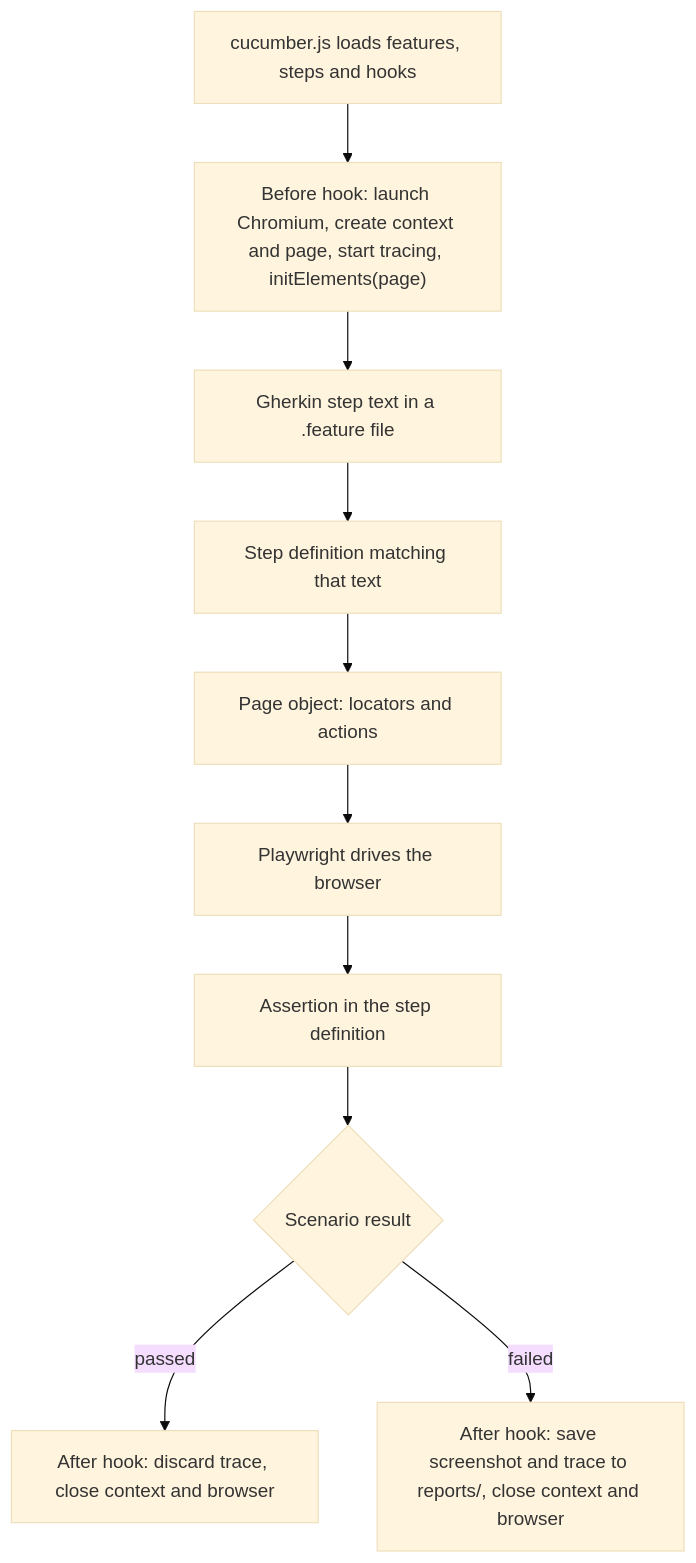
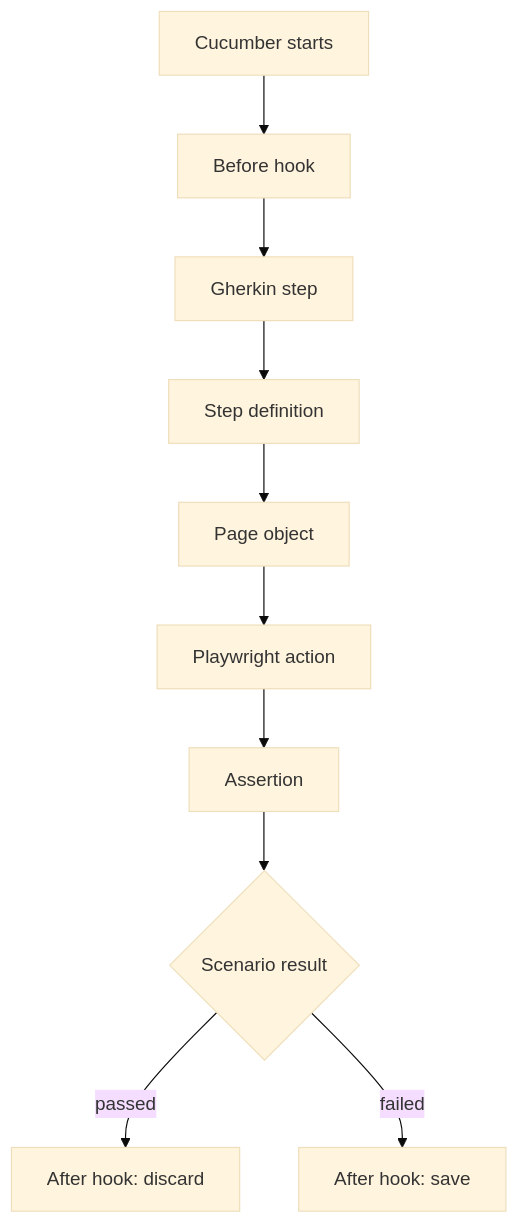
The diagram in README.md (RolanV/ZincBank), drawn with Mermaid (base theme) before and after one commit.

Commit message:
docs: simplify README architecture diagram

````diff
--- a/README.md
+++ b/README.md
@@ -86,12 +86,12 @@
 ```mermaid
 flowchart TD
-    A["cucumber.js loads features, steps and hooks"] --> B["Before hook: launch Chromium, create context and page, start tracing, initElements(page)"]
-    B --> C["Gherkin step text in a .feature file"]
-    C --> D["Step definition matching that text"]
-    D --> E["Page object: locators and actions"]
-    E --> F["Playwright drives the browser"]
-    F --> G["Assertion in the step definition"]
+    A["Cucumber starts"] --> B["Before hook"]
+    B --> C["Gherkin step"]
+    C --> D["Step definition"]
+    D --> E["Page object"]
+    E --> F["Playwright action"]
+    F --> G["Assertion"]
     G --> H{"Scenario result"}
-    H -->|passed| I["After hook: discard trace, close context and browser"]
-    H -->|failed| J["After hook: save screenshot and trace to reports/, close context and browser"]
+    H -->|passed| I["After hook: discard"]
+    H -->|failed| J["After hook: save"]
 ```
````
